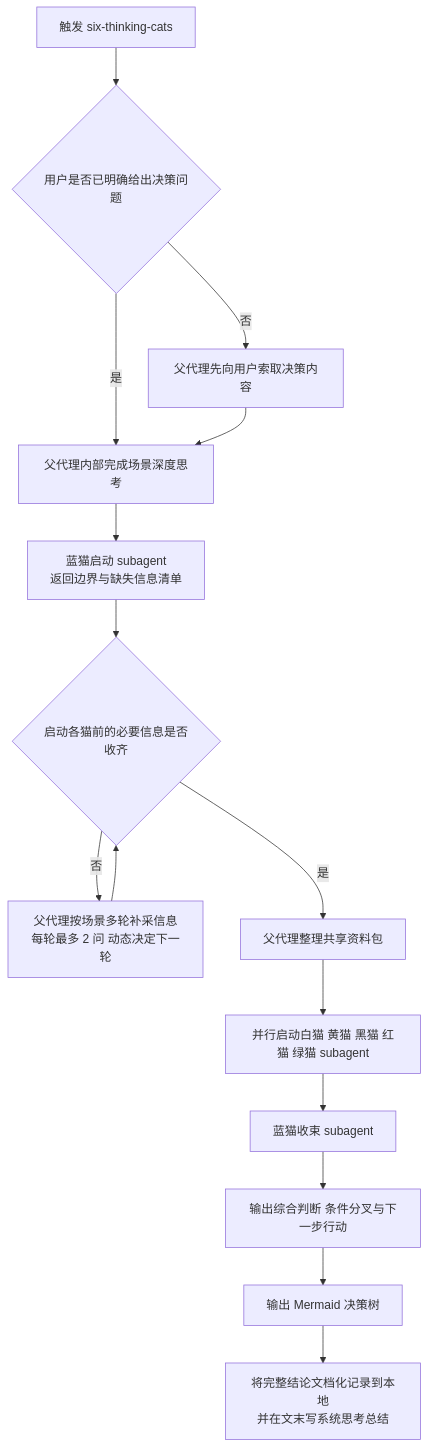
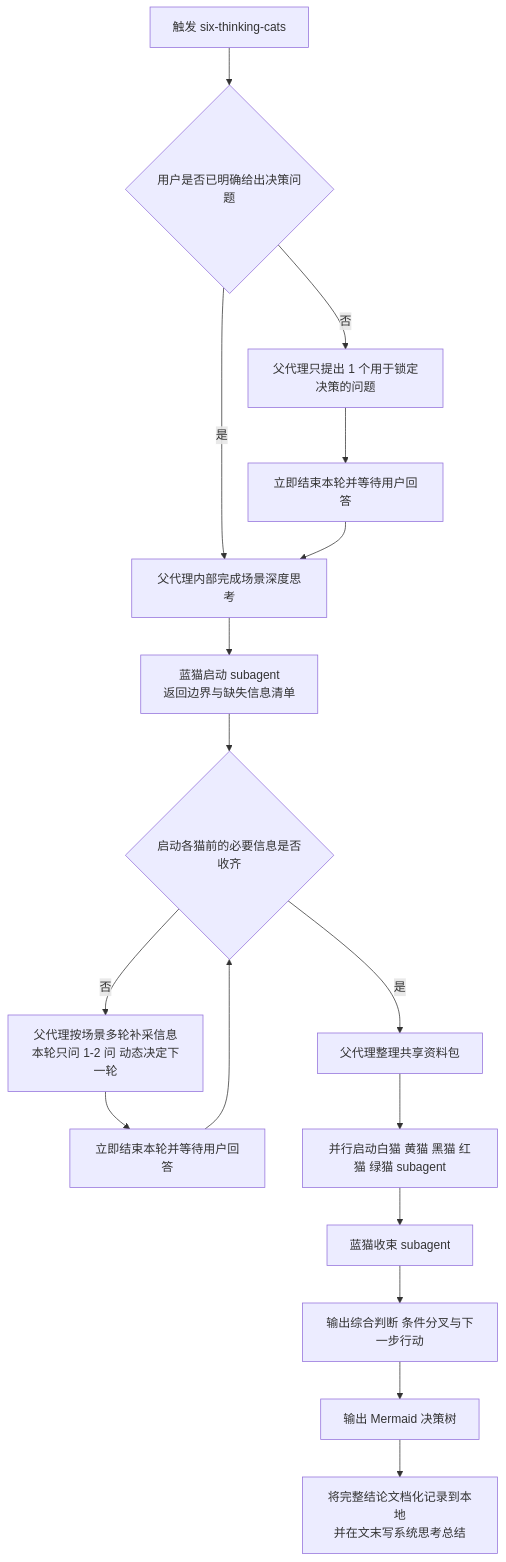
Before and after one commit to nanzhipro/six-thinking-cats: the diagram in SKILL.md, drawn with Mermaid. The commit also changed other lines of this file and 6 other files, not shown here.

````diff
--- a/SKILL.md
+++ b/SKILL.md
@@ -56,17 +64,19 @@
 ```mermaid
 flowchart TD
     A[触发 six-thinking-cats] --> B{用户是否已明确给出决策问题}
-    B -- 否 --> C[父代理先向用户索取决策内容]
-    B -- 是 --> D[父代理内部完成场景深度思考]
-    C --> D
+   B -- 否 --> C[父代理只提出 1 个用于锁定决策的问题]
+   B -- 是 --> D[父代理内部完成场景深度思考]
+   C --> C1[立即结束本轮并等待用户回答]
+   C1 --> D
     D --> E[蓝猫启动 subagent<br/>返回边界与缺失信息清单]
     E --> F{启动各猫前的必要信息是否收齐}
-   F -- 否 --> G[父代理按场景多轮补采信息<br/>每轮最多 2 问 动态决定下一轮]
-    G --> F
+   F -- 否 --> G[父代理按场景多轮补采信息<br/>本轮只问 1-2 问 动态决定下一轮]
+   G --> G1[立即结束本轮并等待用户回答]
+   G1 --> F
     F -- 是 --> H[父代理整理共享资料包]
     H --> I[并行启动白猫 黄猫 黑猫 红猫 绿猫 subagent]
    I --> J[蓝猫收束 subagent]
    J --> K[输出综合判断 条件分叉与下一步行动]
    K --> L[输出 Mermaid 决策树]
    L --> M[将完整结论文档化记录到本地<br/>并在文末写系统思考总结]
 ```
````
